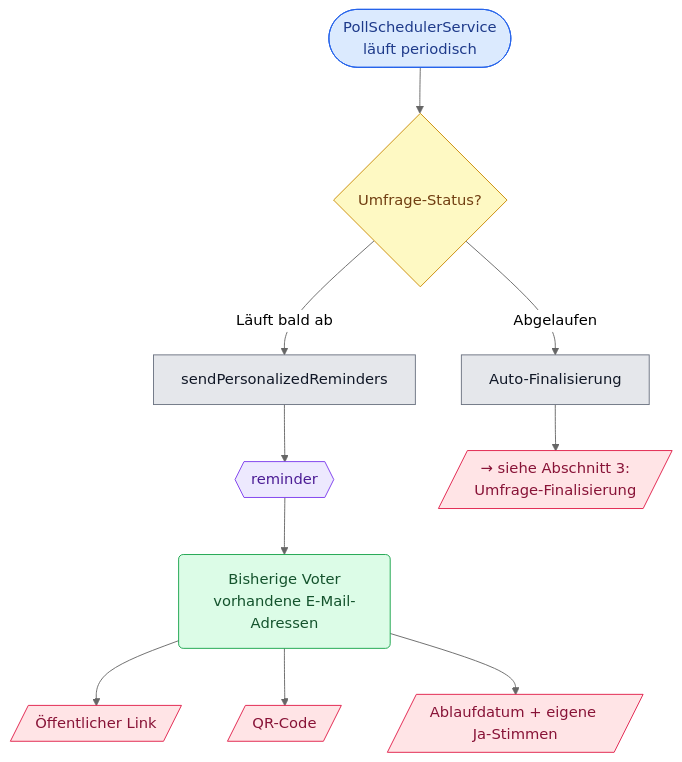
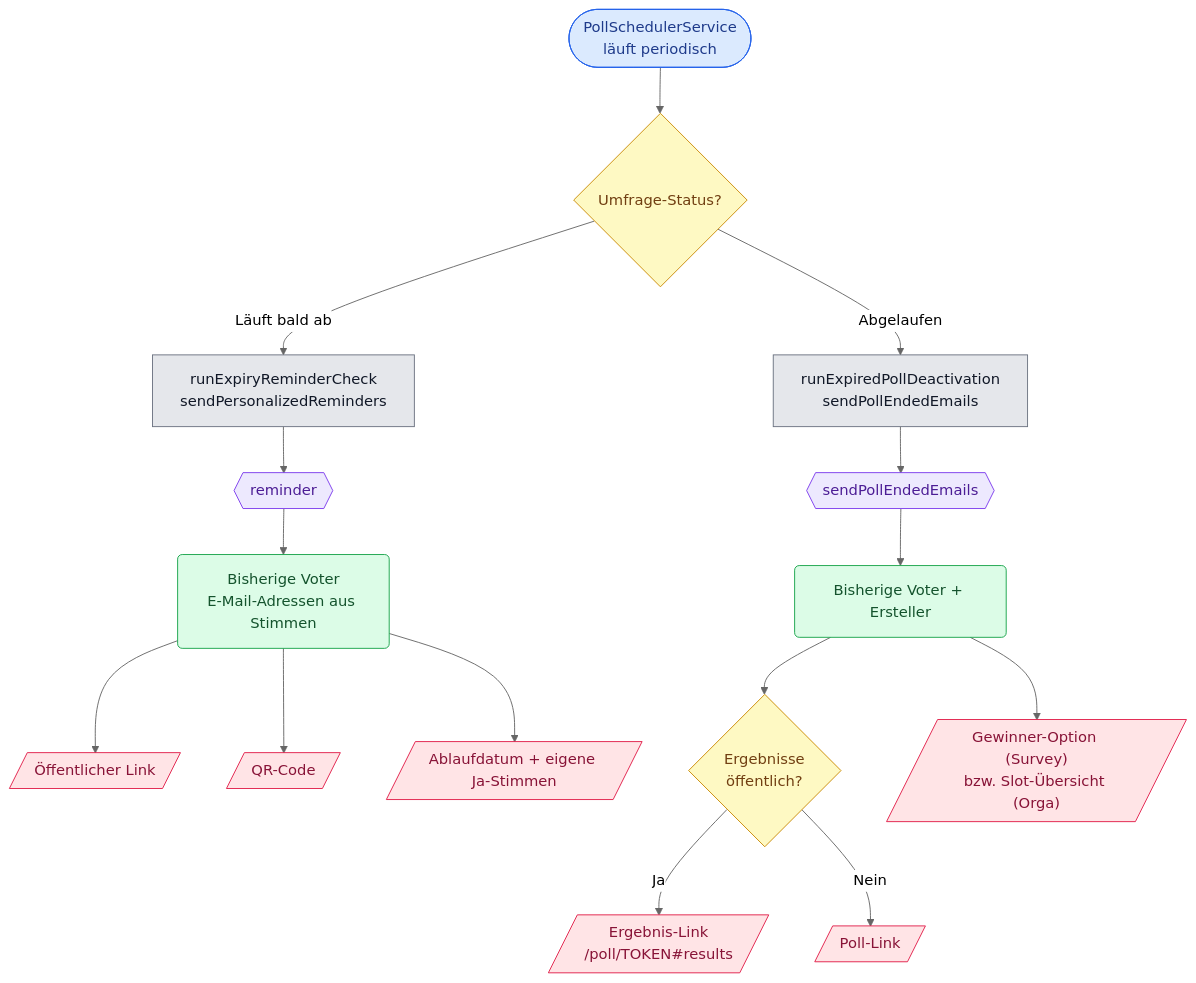
One commit to manfredsteger/polly changed the fifth of 6 diagrams in docs/email-flows.md. Above: the diagram before and after it, drawn with Mermaid (neutral theme). The commit also changed other lines of this file, not shown here.

````diff
--- a/docs/email-flows.md
+++ b/docs/email-flows.md
@@ -222,21 +222,28 @@
 ```mermaid
 flowchart TD
   scheduler([PollSchedulerService<br>läuft periodisch]):::trigger --> condExpire{Umfrage-Status?}:::cond
 
-  condExpire -->|Läuft bald ab| autoRemind[sendPersonalizedReminders]:::route
+  %% Erinnerung vor Ablauf
+  condExpire -->|Läuft bald ab| autoRemind[runExpiryReminderCheck<br>sendPersonalizedReminders]:::route
   autoRemind --> mReminder{{reminder}}:::mail
-  mReminder --> rVoters(Bisherige Voter<br>vorhandene E-Mail-Adressen):::recv
+  mReminder --> rVoters(Bisherige Voter<br>E-Mail-Adressen aus Stimmen):::recv
   rVoters --> lPoll[/"Öffentlicher Link"/]:::link
   rVoters --> lQR[/"QR-Code"/]:::link
   rVoters --> lExpiry[/"Ablaufdatum + eigene Ja-Stimmen"/]:::link
 
-  condExpire -->|Abgelaufen| autoFinal[Auto-Finalisierung]:::route
-  autoFinal --> ref[/"→ siehe Abschnitt 3:<br>Umfrage-Finalisierung"/]:::link
+  %% Auto-Deaktivierung nach Ablauf
+  condExpire -->|Abgelaufen| autoDeact[runExpiredPollDeactivation<br>sendPollEndedEmails]:::route
+  autoDeact --> mEnded{{sendPollEndedEmails}}:::mail
+  mEnded --> rEndRecv(Bisherige Voter + Ersteller):::recv
+  rEndRecv --> condPub2{Ergebnisse<br>öffentlich?}:::cond
+  condPub2 -->|Ja| lResults2[/"Ergebnis-Link<br>/poll/TOKEN#results"/]:::link
+  condPub2 -->|Nein| lPoll2[/"Poll-Link"/]:::link
+  rEndRecv --> lContent[/"Gewinner-Option (Survey)<br>bzw. Slot-Übersicht (Orga)"/]:::link
 
   classDef trigger fill:#dbeafe,stroke:#2563eb,color:#1e3a8a;
   classDef cond fill:#fef9c3,stroke:#ca8a04,color:#713f12;
   classDef route fill:#e5e7eb,stroke:#6b7280,color:#111827;
   classDef mail fill:#ede9fe,stroke:#7c3aed,color:#4c1d95;
   classDef recv fill:#dcfce7,stroke:#16a34a,color:#14532d;
   classDef link fill:#ffe4e6,stroke:#e11d48,color:#881337;
 ```
````
